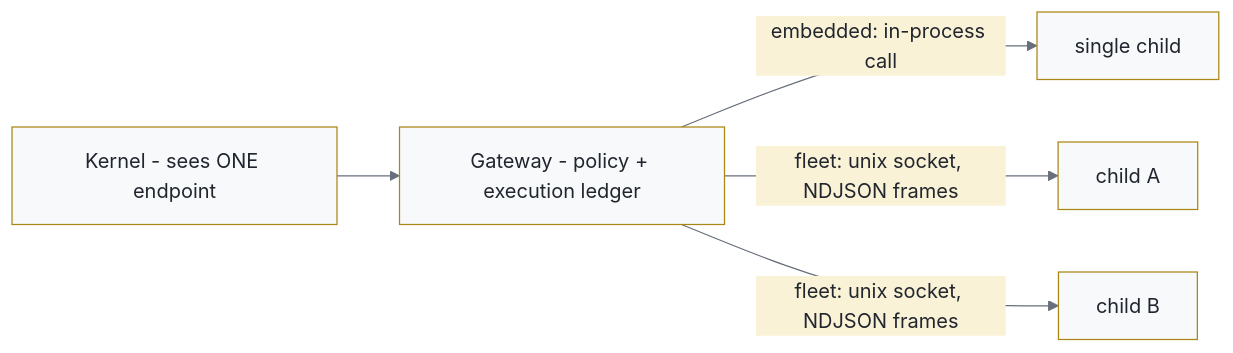
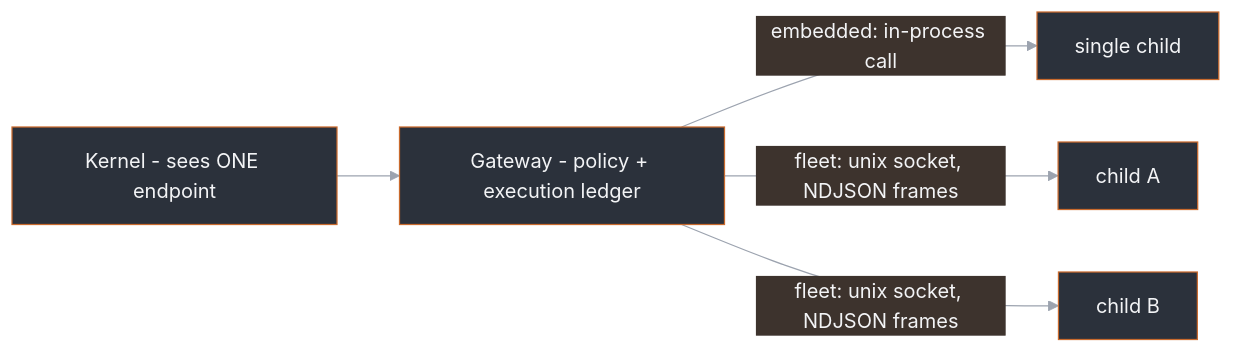
Before and after one commit to denisekart/open-facilitator: the first of 2 diagrams in docs/advanced.md, drawn with Mermaid. The commit also changed 43 other files, not shown here.

````diff
--- a/docs/advanced.md
+++ b/docs/advanced.md
@@ -56,10 +56,10 @@
 ```mermaid title="Gateway shapes: the kernel sees one endpoint"
-%%{init: {"theme": "base", "themeVariables": {"primaryColor": "#f7f9fb",
-"primaryBorderColor": "#ab8612", "primaryTextColor": "#21262e",
-"lineColor": "#676f7c", "secondaryColor": "#faf2d6"}}}%%
+%%{init: {"theme": "base", "themeVariables": {"primaryColor": "#2b313b",
+"primaryBorderColor": "#c96a2d", "primaryTextColor": "#f3f4f6",
+"lineColor": "#9ca3af", "secondaryColor": "#3d332d"}}}%%
 flowchart LR
   K["Kernel - sees ONE endpoint"] --> GW["Gateway - policy + execution ledger"]
   GW -->|"embedded: in-process call"| C1["single child"]
   GW -->|"fleet: unix socket, NDJSON frames"| C2["child A"]
   GW -->|"fleet: unix socket, NDJSON frames"| C3["child B"]
 ```
````
